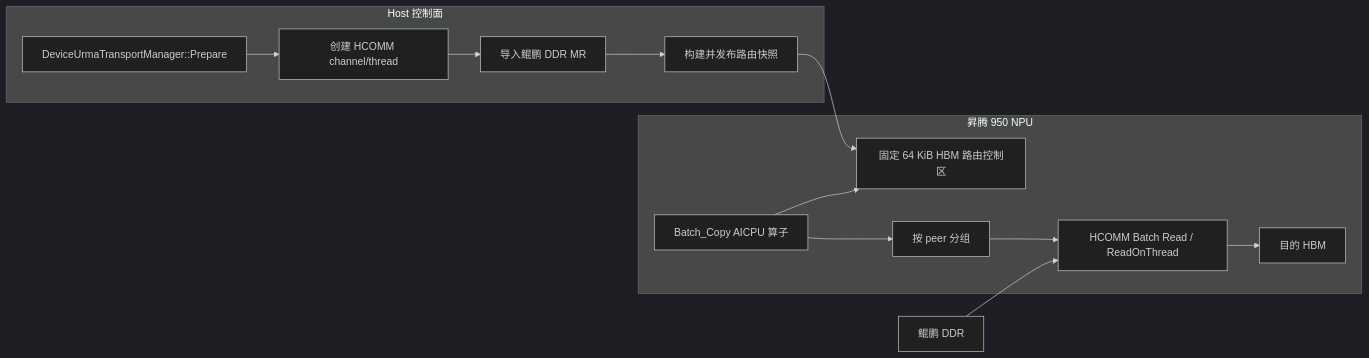
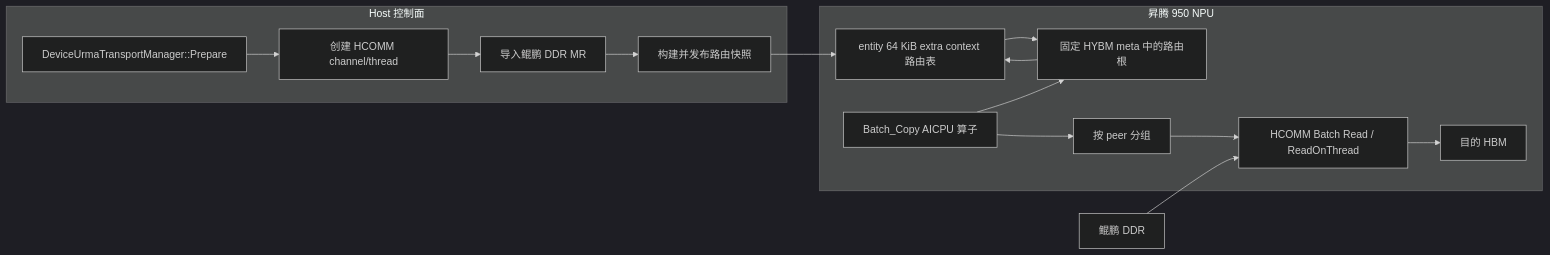
Before and after one commit to NoCoder0/memfabric_hybrid: the first of 3 diagrams in doc/batch_copy_aicpu_urma_design.md, drawn with Mermaid (dark theme). The commit also changed other lines of this file, not shown here.

````diff
--- a/doc/batch_copy_aicpu_urma_design.md
+++ b/doc/batch_copy_aicpu_urma_design.md
@@ -116,24 +119,25 @@
 ```mermaid
 flowchart LR
     subgraph Host["Host 控制面"]
         P["DeviceUrmaTransportManager::Prepare"]
         C["创建 HCOMM channel/thread"]
         I["导入鲲鹏 DDR MR"]
         B["构建并发布路由快照"]
     end
 
     subgraph NPU["昇腾 950 NPU"]
-        T["固定 64 KiB HBM 路由控制区"]
+        T["entity 64 KiB extra context 路由表"]
+        R["固定 HYBM meta 中的路由根"]
         O["Batch_Copy AICPU 算子"]
         G["按 peer 分组"]
         H["HCOMM Batch Read / ReadOnThread"]
         D["目的 HBM"]
     end
 
     K["鲲鹏 DDR"]
 
-    P --> C --> I --> B --> T
-    O --> T
+    P --> C --> I --> B --> T --> R
+    O --> R --> T
     O --> G --> H
     K --> H --> D
 ```
````
